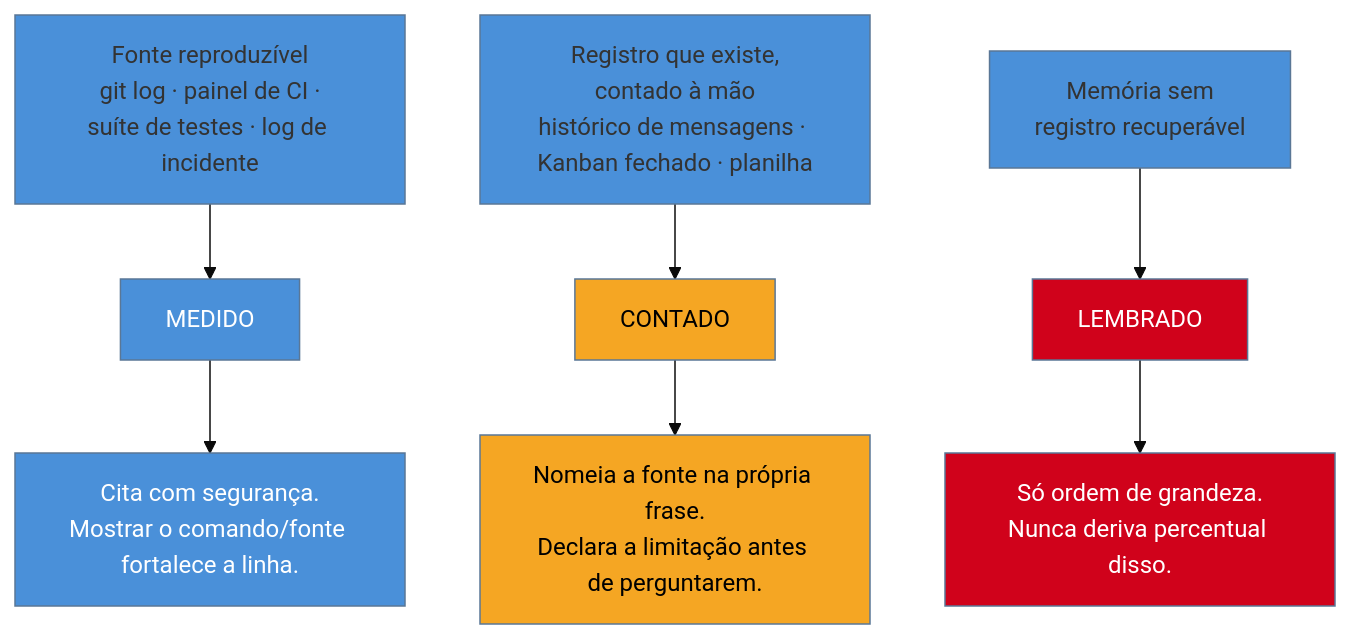
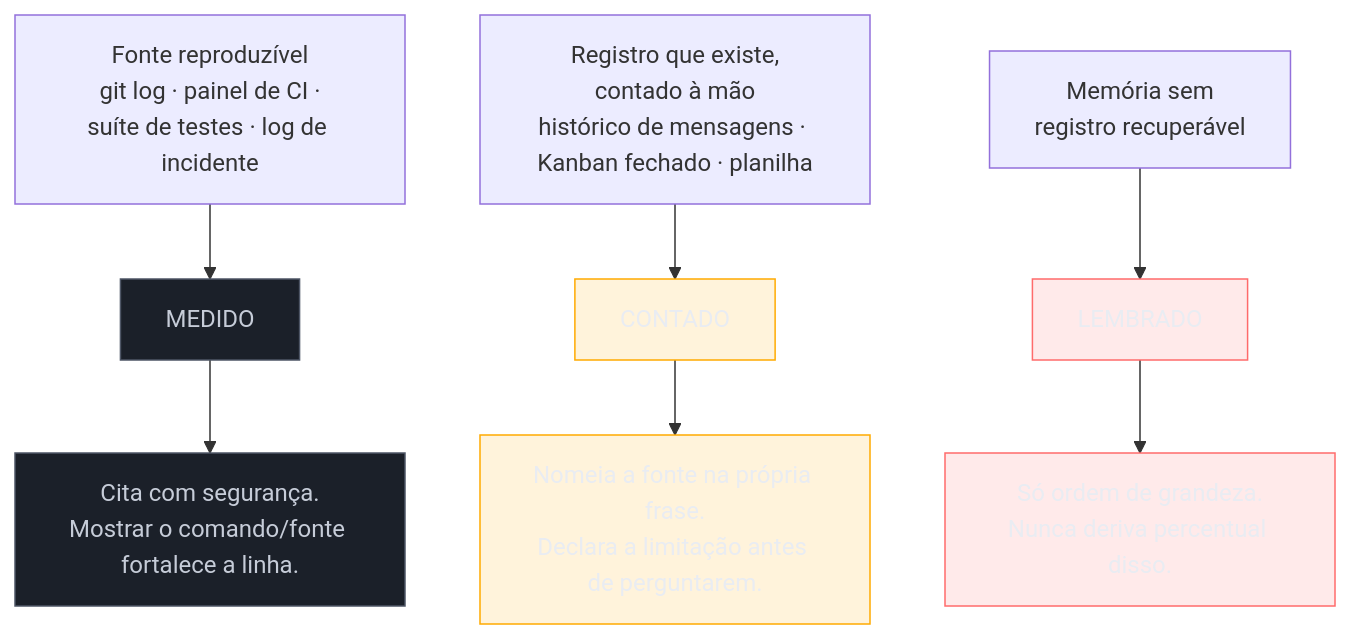
The diagram in 03-Dominios/Carreira/Currículo/14 - Números que você pode defender.md (josenaldo/codex-technomanticus), drawn with Mermaid before and after one commit. The commit also changed 1181 other files, not shown here.

First line of the commit message:
fix(diagramas): paleta do sistema no lugar de cor cravada no markdown

````diff
--- a/03-Dominios/Carreira/Currículo/14 - Números que você pode defender.md
+++ b/03-Dominios/Carreira/Currículo/14 - Números que você pode defender.md
@@ -63,18 +63,20 @@
 ```mermaid
-%%{init: {"theme": "base", "themeVariables": {"primaryColor": "#4A90D9"}}}%%
 graph TD
+    classDef neutro fill:#1B2029,stroke:#4E5666,color:#C6CCD8
+    classDef destaque fill:#FFAA0024,stroke:#FFAA00,color:#E9ECF2
+    classDef falha fill:#FF6B6B24,stroke:#FF6B6B,color:#E9ECF2
     F1["Fonte reproduzível<br/>git log · painel de CI ·<br/>suíte de testes · log de incidente"] --> M["MEDIDO"]
     F2["Registro que existe,<br/>contado à mão<br/>histórico de mensagens · Kanban fechado · planilha"] --> C["CONTADO"]
     F3["Memória sem<br/>registro recuperável"] --> L["LEMBRADO"]
 
     M --> MA["Cita com segurança.<br/>Mostrar o comando/fonte fortalece a linha."]
     C --> CA["Nomeia a fonte na própria frase.<br/>Declara a limitação antes de perguntarem."]
     L --> LA["Só ordem de grandeza.<br/>Nunca deriva percentual disso."]
 
-    style M fill:#4A90D9,color:#fff
-    style C fill:#F5A623,color:#000
-    style L fill:#D0021B,color:#fff
-    style MA fill:#4A90D9,color:#fff
-    style CA fill:#F5A623,color:#000
-    style LA fill:#D0021B,color:#fff
+    class M neutro
+    class C destaque
+    class L falha
+    class MA neutro
+    class CA destaque
+    class LA falha
 ```
````
